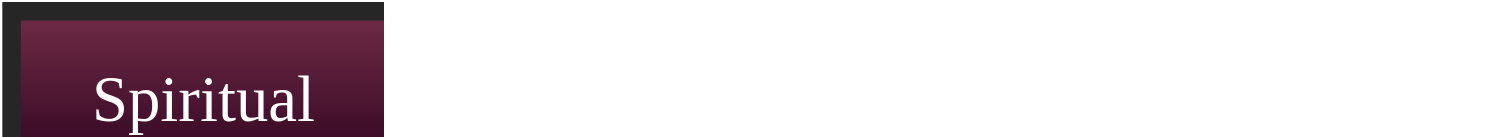
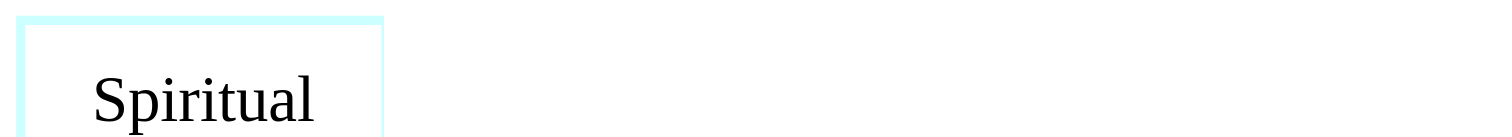
One commit to julianfl0w/Deism changed the diagram in graphs/The_Three_Stages.dot. Above: the diagram before and after it, drawn with Graphviz. The commit also changed 41 other files, not shown here.

```diff
--- a/graphs/The_Three_Stages.dot
+++ b/graphs/The_Three_Stages.dot
@@ -1,14 +1,14 @@
 digraph D {
 rankdir = LR
 style = filled
-fontcolor = white
-color = white
-bgcolor = "#262626"
+fontcolor = black
+color = black
+bgcolor = white
 gradientangle = 0
 dpi = 300
-"cluster_85" [rankdir=TB, shape=box, penwidth=0, color=black, fontcolor=white, fillcolor="#6C2944:#29001C", style=filled, gradientangle=270.05, label="Spiritual"]
-"cluster_86" [rankdir=TB, shape=box, penwidth=0, color=black, fontcolor=white, fillcolor="#6C2944:#29001C", style=filled, gradientangle=270.05, label="Metaphysical"]
-"cluster_87" [rankdir=TB, shape=box, penwidth=0, color=black, fontcolor=white, fillcolor="#6C2944:#29001C", style=filled, gradientangle=270.05, label="Positive"]
-"cluster_86" -> "cluster_87" [color=white, penwidth=1, ltail="cluster_86", lhead="cluster_87"]
-"cluster_85" -> "cluster_86" [color=white, penwidth=1, ltail="cluster_86", lhead="cluster_87"]
+"cluster_86" [rankdir=TB, shape=box, penwidth=2, color="#ccffff", fontcolor=black, fillcolor=white, style=filled, gradientangle=270.05, label="Spiritual"]
+"cluster_87" [rankdir=TB, shape=box, penwidth=2, color="#ccffff", fontcolor=black, fillcolor=white, style=filled, gradientangle=270.05, label="Metaphysical"]
+"cluster_88" [rankdir=TB, shape=box, penwidth=2, color="#ccffff", fontcolor=black, fillcolor=white, style=filled, gradientangle=270.05, label="Positive"]
+"cluster_87" -> "cluster_88" [color="#ccffff", penwidth=1, ltail="cluster_87", lhead="cluster_88"]
+"cluster_86" -> "cluster_87" [color="#ccffff", penwidth=1, ltail="cluster_87", lhead="cluster_88"]
 }
```
